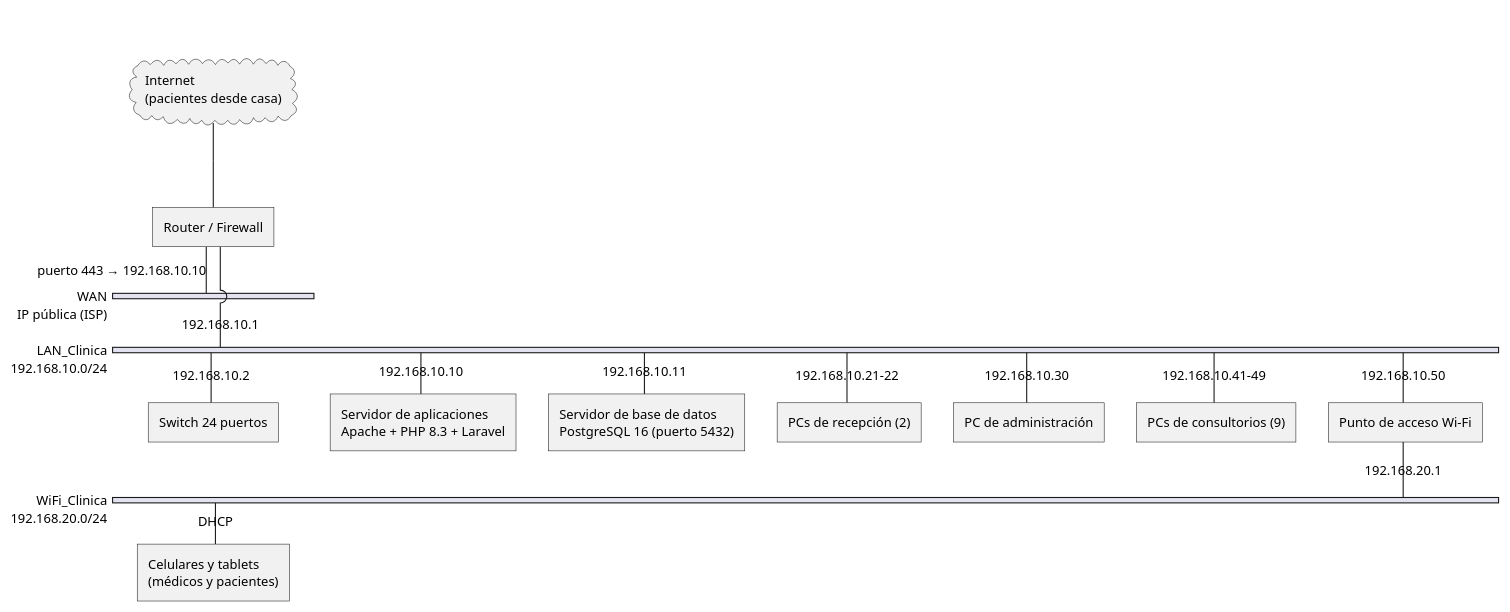
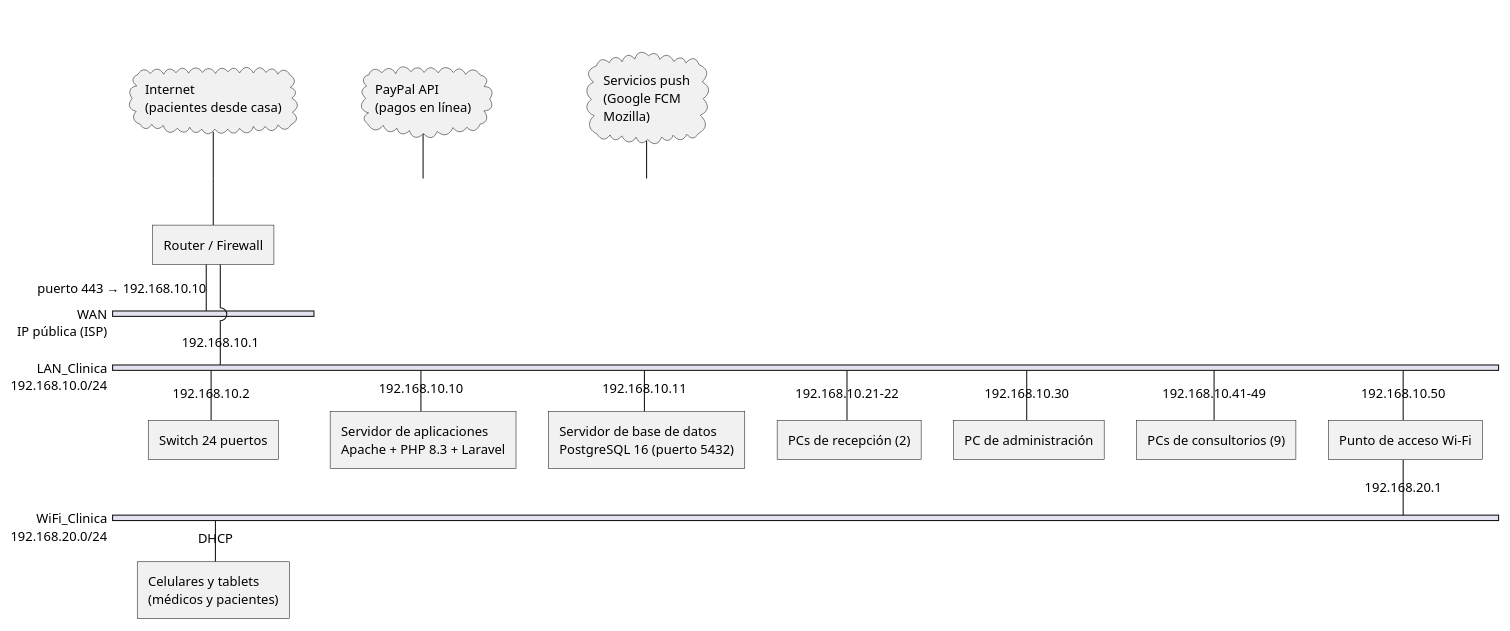
One commit to ronaldflores2004/VidaSalud changed the diagram in docs/uml/plantuml/red.puml. Above: the diagram before and after it, drawn with PlantUML. The commit also changed 42 other files, not shown here.

First line of the commit message:
Documento: diagramas UML actualizados con P7 (CU21 Pagar ficha, CU22 Notificaciones)

```diff
--- a/docs/uml/plantuml/red.puml
+++ b/docs/uml/plantuml/red.puml
@@ -1,28 +1,32 @@
 @startuml
 skinparam defaultFontName Arial
 skinparam defaultFontSize 12
 nwdiag {
   internet [shape = cloud, description = "Internet\n(pacientes desde casa)"];
   internet -- firewall;
+  paypal [shape = cloud, description = "PayPal API\n(pagos en línea)"];
+  push [shape = cloud, description = "Servicios push\n(Google FCM, Mozilla)"];
+  paypal -- internet;
+  push -- internet;
   network WAN {
     address = "IP pública (ISP)";
     firewall [address = "puerto 443 → 192.168.10.10", description = "Router / Firewall"];
   }
   network LAN_Clinica {
     address = "192.168.10.0/24";
     firewall [address = "192.168.10.1"];
     switch [address = "192.168.10.2", description = "Switch 24 puertos"];
     servidor_app [address = "192.168.10.10", description = "Servidor de aplicaciones\nApache + PHP 8.3 + Laravel"];
     servidor_bd [address = "192.168.10.11", description = "Servidor de base de datos\nPostgreSQL 16 (puerto 5432)"];
     pc_recepcion [address = "192.168.10.21-22", description = "PCs de recepción (2)"];
     pc_admin [address = "192.168.10.30", description = "PC de administración"];
     pc_consultorios [address = "192.168.10.41-49", description = "PCs de consultorios (9)"];
     ap_wifi [address = "192.168.10.50", description = "Punto de acceso Wi-Fi"];
   }
   network WiFi_Clinica {
     address = "192.168.20.0/24";
     ap_wifi [address = "192.168.20.1"];
     moviles [address = "DHCP", description = "Celulares y tablets\n(médicos y pacientes)"];
   }
 }
 @enduml
```
